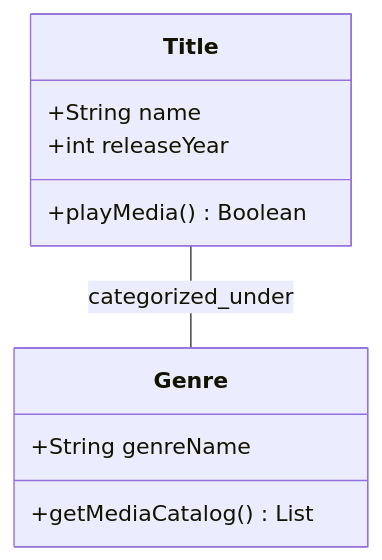
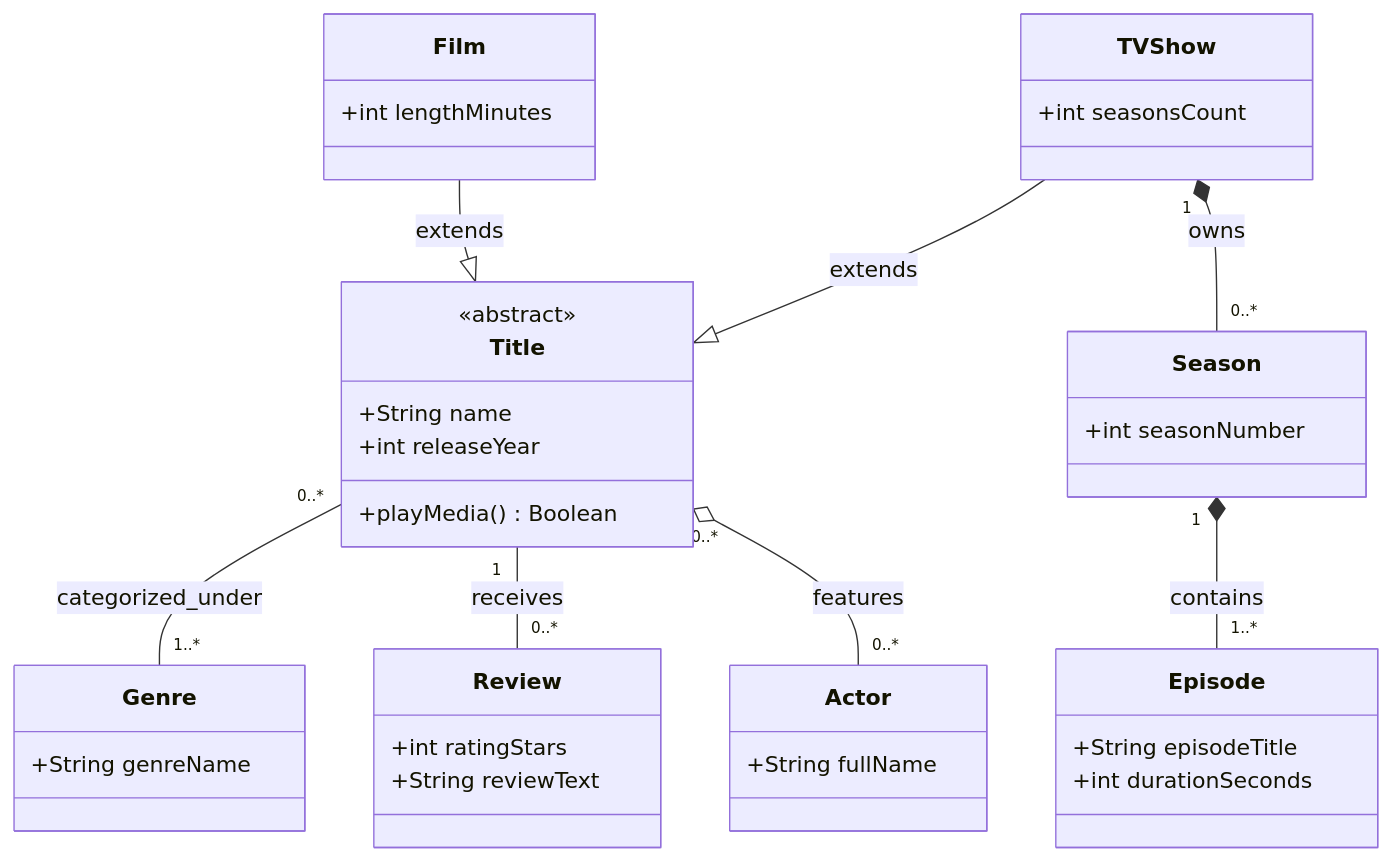
Before and after one commit to qwertyuiopczz2021-byte/Streamy-Software-Technology: the first of 2 diagrams in domain_model.md, drawn with Mermaid. The commit also changed other lines of this file, not shown here.

Commit message:
docs: scale domain model class properties with advanced relationships and multiplicity

````diff
--- a/domain_model.md
+++ b/domain_model.md
@@ -13,15 +17,41 @@
 ```mermaid
 classDiagram
-class Title {
-    +String name
-    +int releaseYear
-    +playMedia() Boolean
-}
+    direction TB
+    class Title {
+        <<abstract>>
+        +String name
+        +int releaseYear
+        +playMedia() Boolean
+    }
+    class Film {
+        +int lengthMinutes
+    }
+    class TVShow {
+        +int seasonsCount
+    }
+    class Season {
+        +int seasonNumber
+    }
+    class Episode {
+        +String episodeTitle
+        +int durationSeconds
+    }
+    class Review {
+        +int ratingStars
+        +String reviewText
+    }
+    class Actor {
+        +String fullName
+    }
+    class Genre {
+        +String genreName
+    }
 
-class Genre {
-    +String genreName
-    +getMediaCatalog() List
-}
-
-Title -- Genre : categorized_under
+    Title "0..*" -- "1..*" Genre : categorized_under
+    TVShow "1" *-- "0..*" Season : owns
+    Title "1" -- "0..*" Review : receives
+    Season "1" *-- "1..*" Episode : contains
+    Title "0..*" o-- "0..*" Actor : features
+    Film --|> Title : extends
+    TVShow --|> Title : extends
 ```
````
